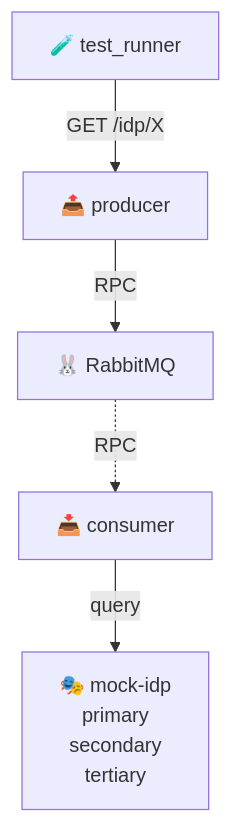
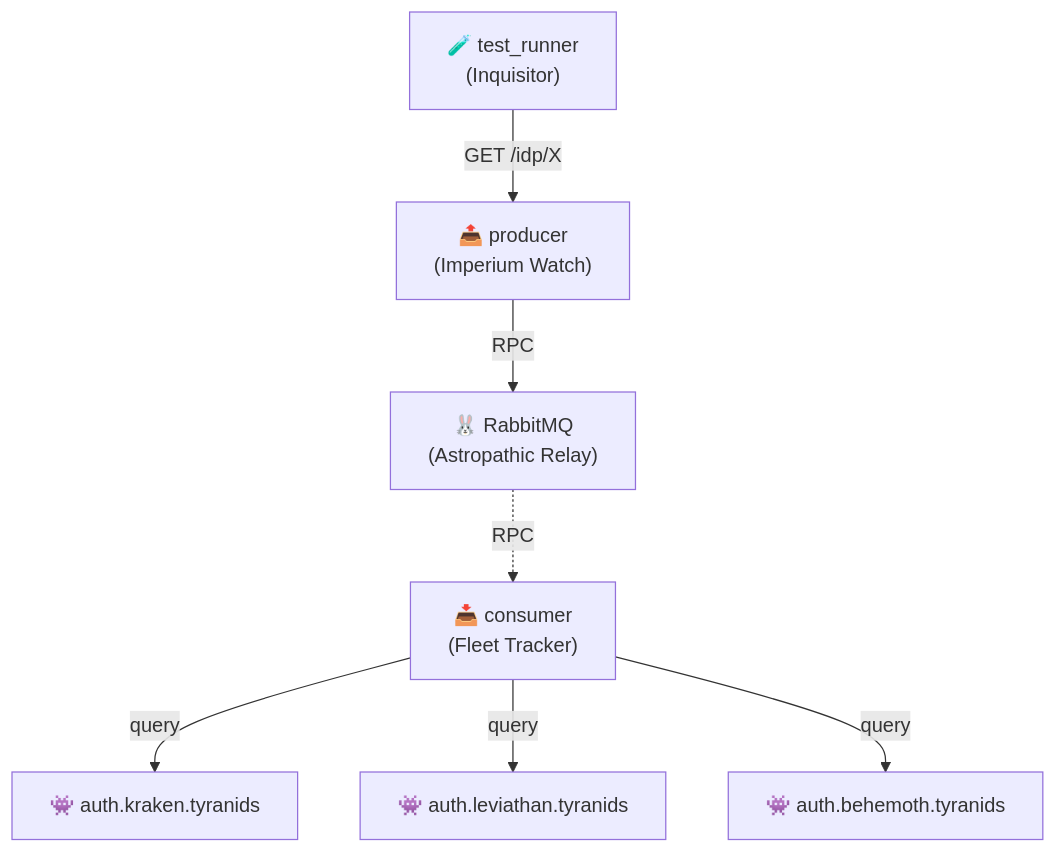
Before and after one commit to proconnect-gouv/idp-status-monitoring: the diagram in examples/idp_cascading_failures/README.md, drawn with Mermaid. The commit also changed other lines of this file and 25 other files, not shown here.

````diff
--- a/examples/idp_cascading_failures/README.md
+++ b/examples/idp_cascading_failures/README.md
@@ -5,13 +7,17 @@
 ```mermaid
 graph TB
-    test["🧪 test_runner"]
-    producer["📤 producer"]
-    consumer["📥 consumer"]
-    rabbitmq["🐰 RabbitMQ"]
-    mock["🎭 mock-idp<br/>primary<br/>secondary<br/>tertiary"]
+    test["🧪 test_runner<br/>(Inquisitor)"]
+    producer["📤 producer<br/>(Imperium Watch)"]
+    consumer["📥 consumer<br/>(Fleet Tracker)"]
+    rabbitmq["🐰 RabbitMQ<br/>(Astropathic Relay)"]
+    kraken["👾 auth.kraken.tyranids"]
+    leviathan["👾 auth.leviathan.tyranids"]
+    behemoth["👾 auth.behemoth.tyranids"]
 
     test -->|GET /idp/X| producer
     producer -->|RPC| rabbitmq
     rabbitmq -.->|RPC| consumer
-    consumer -->|query| mock
+    consumer -->|query| kraken
+    consumer -->|query| leviathan
+    consumer -->|query| behemoth
 ```
````
